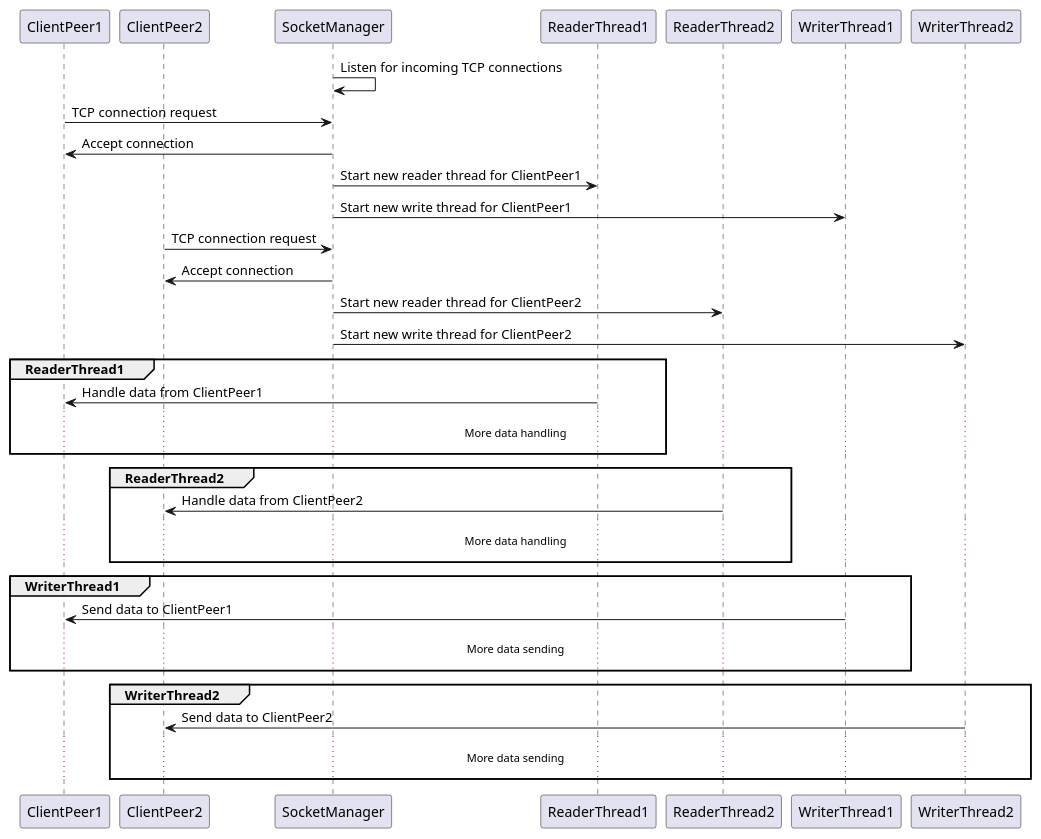
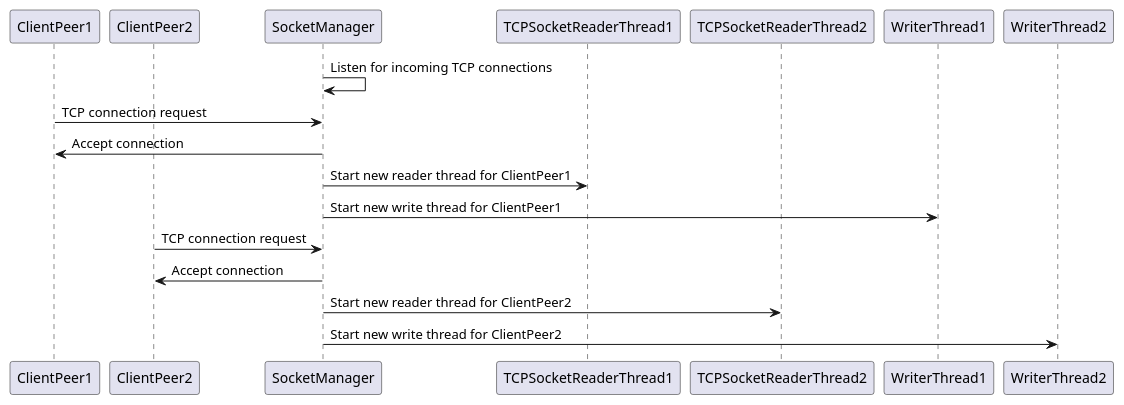
Before and after one commit to xiguichen/tcpudp: the first of 6 diagrams in doc/server.md, drawn with PlantUML. The commit also changed other lines of this file, not shown here.

```diff
--- a/doc/server.md
+++ b/doc/server.md
@@ -5,42 +5,22 @@
 @startuml
 participant ClientPeer1
 participant ClientPeer2
 participant SocketManager
-participant ReaderThread1
-participant ReaderThread2
+participant TCPSocketReaderThread1
+participant TCPSocketReaderThread2
 participant WriterThread1
 participant WriterThread2
 
 SocketManager -> SocketManager: Listen for incoming TCP connections
 
 ClientPeer1 -> SocketManager: TCP connection request
 SocketManager -> ClientPeer1: Accept connection
-SocketManager -> ReaderThread1: Start new reader thread for ClientPeer1
+SocketManager -> TCPSocketReaderThread1: Start new reader thread for ClientPeer1
 SocketManager -> WriterThread1: Start new write thread for ClientPeer1
 
 ClientPeer2 -> SocketManager: TCP connection request
 SocketManager -> ClientPeer2: Accept connection
-SocketManager -> ReaderThread2: Start new reader thread for ClientPeer2
+SocketManager -> TCPSocketReaderThread2: Start new reader thread for ClientPeer2
 SocketManager -> WriterThread2: Start new write thread for ClientPeer2
 
-group ReaderThread1
-    ReaderThread1 -> ClientPeer1: Handle data from ClientPeer1
-    ... More data handling ...
-end
-
-group ReaderThread2
-    ReaderThread2 -> ClientPeer2: Handle data from ClientPeer2
-    ... More data handling ...
-end
-
-group WriterThread1
-    WriterThread1 -> ClientPeer1: Send data to ClientPeer1
-    ... More data sending ...
-end
-
-group WriterThread2
-    WriterThread2 -> ClientPeer2: Send data to ClientPeer2
-    ... More data sending ...
-end
-
 @enduml
```
